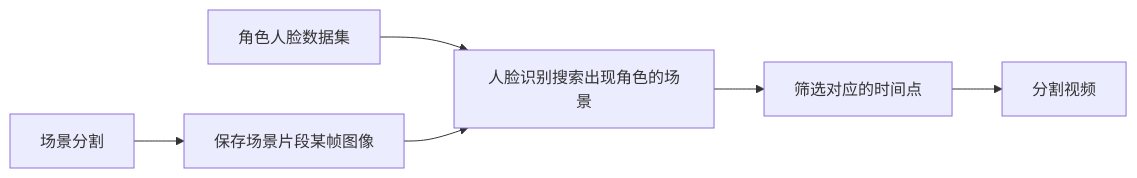
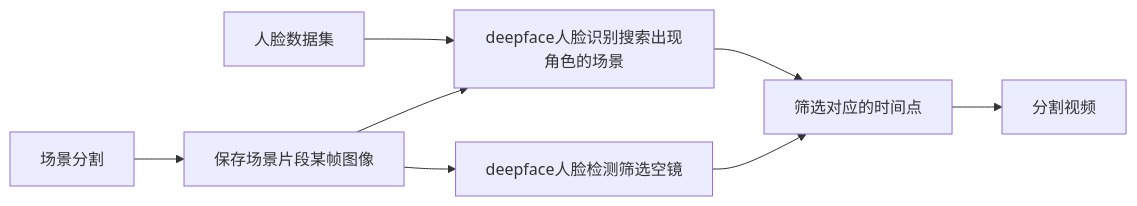
One commit to lxulxu/EpisodeClipper changed the diagram in README.md. Above: the diagram before and after it, drawn with Mermaid. The commit also changed other lines of this file and 15 other files, not shown here.

````diff
--- a/README.md
+++ b/README.md
@@ -37,8 +152,10 @@
-  ```mermaid
-  graph LR
-  TRAIN_DATA[角色人脸数据集] --> RECOGNIZE
-  SCENE[场景分割] --> SCENE_IMG[保存场景片段某帧图像]
-  SCENE_IMG --> RECOGNIZE[人脸识别搜索出现角色的场景]
-  RECOGNIZE --> TIME_LIST[筛选对应的时间点]
-  TIME_LIST --> SPLIT[分割视频]
-  ```
+```mermaid
+graph LR
+TRAIN_DATA[人脸数据集] --> CHARACTER
+SCENE[场景分割] --> SCENE_IMG[保存场景片段某帧图像]
+SCENE_IMG --> CHARACTER[deepface人脸识别搜索出现角色的场景]
+CHARACTER --> TIME_LIST[筛选对应的时间点]
+SCENE_IMG --> B_ROLL[deepface人脸检测筛选空镜]
+B_ROLL --> TIME_LIST
+TIME_LIST --> SPLIT[分割视频]
+```
````
